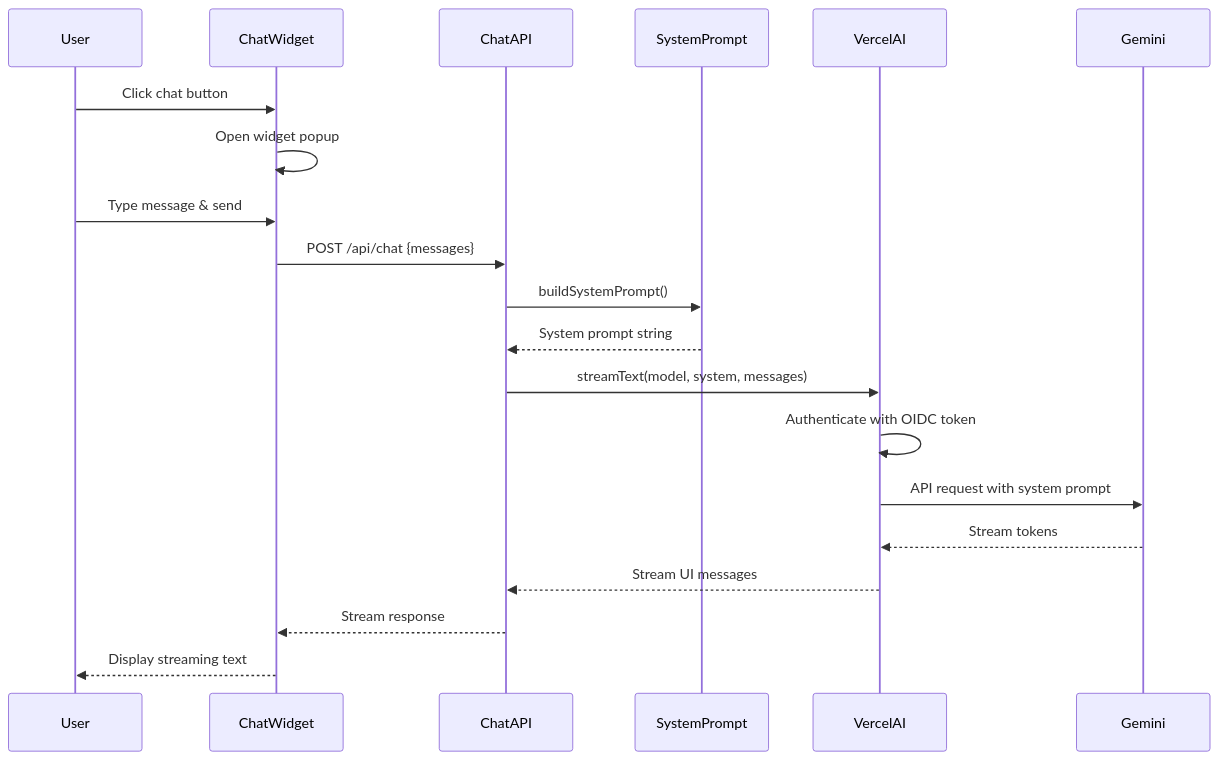
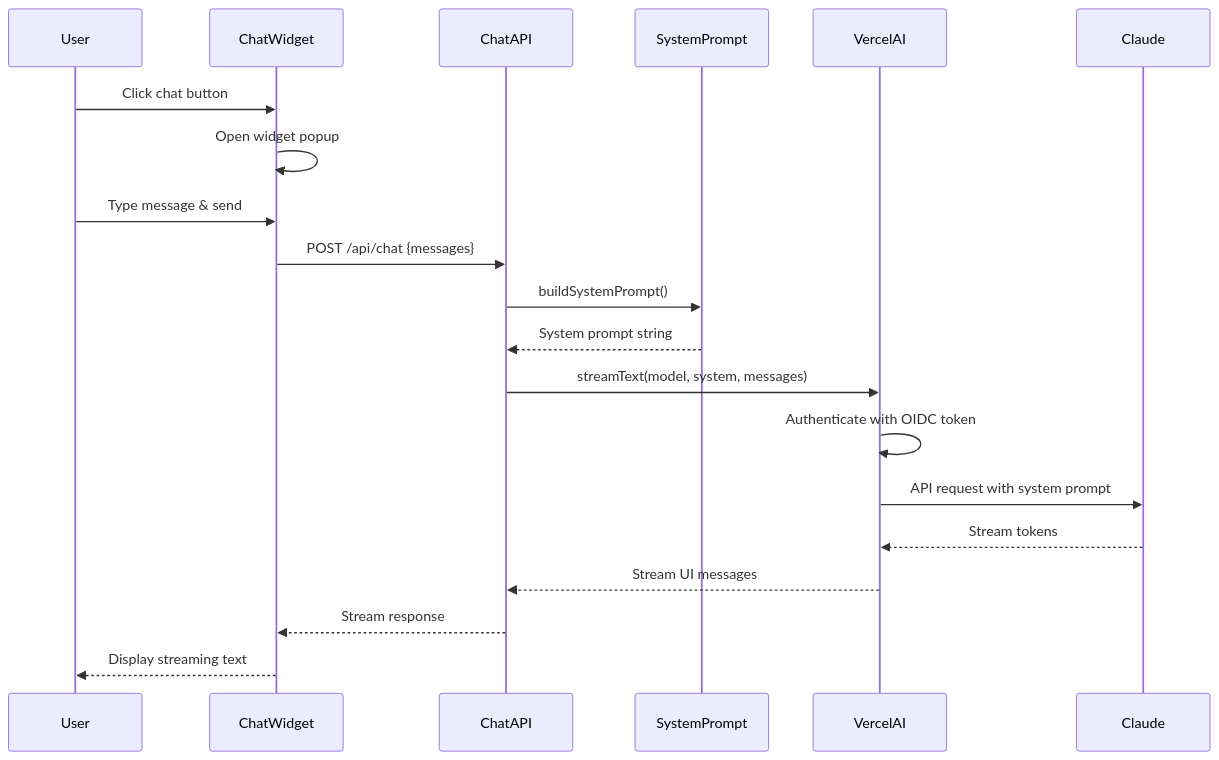
The second of 4 diagrams in progress-chat-bot.md (haco29/personal-website), drawn with Mermaid before and after one commit. The commit also changed other lines of this file and 7 other files, not shown here.

````diff
--- a/progress-chat-bot.md
+++ b/progress-chat-bot.md
@@ -64,23 +64,23 @@
 ```mermaid
 sequenceDiagram
     participant User
     participant ChatWidget
     participant ChatAPI
     participant SystemPrompt
     participant VercelAI
-    participant Gemini
+    participant Claude
 
     User->>ChatWidget: Click chat button
     ChatWidget->>ChatWidget: Open widget popup
     User->>ChatWidget: Type message & send
     ChatWidget->>ChatAPI: POST /api/chat {messages}
     ChatAPI->>SystemPrompt: buildSystemPrompt()
     SystemPrompt-->>ChatAPI: System prompt string
     ChatAPI->>VercelAI: streamText(model, system, messages)
     VercelAI->>VercelAI: Authenticate with OIDC token
-    VercelAI->>Gemini: API request with system prompt
-    Gemini-->>VercelAI: Stream tokens
+    VercelAI->>Claude: API request with system prompt
+    Claude-->>VercelAI: Stream tokens
     VercelAI-->>ChatAPI: Stream UI messages
     ChatAPI-->>ChatWidget: Stream response
     ChatWidget-->>User: Display streaming text
 ```
````
